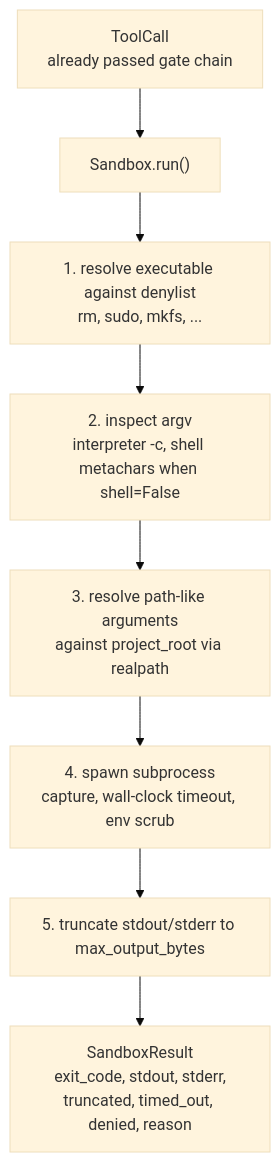
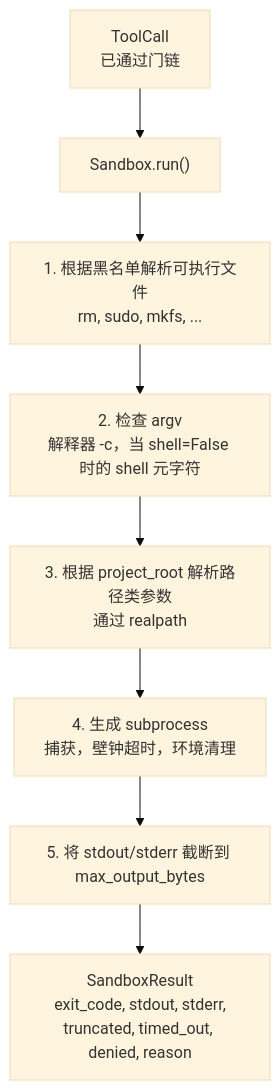
Before and after one commit to guangningsun/ailearning: the first of 2 diagrams in lessons/19-capstone-projects/26-sandbox-runner-denylist/docs/zh.md, drawn with Mermaid (base theme). The commit also changed other lines of this file and 85 other files, not shown here.

````diff
--- a/lessons/19-capstone-projects/26-sandbox-runner-denylist/docs/zh.md
+++ b/lessons/19-capstone-projects/26-sandbox-runner-denylist/docs/zh.md
@@ -34,10 +34,10 @@
 ```mermaid
 flowchart TD
-  Call[ToolCall<br/>already passed gate chain] --> Run["Sandbox.run()"]
-  Run --> S1[1. resolve executable against denylist<br/>rm, sudo, mkfs, ...]
-  S1 --> S2[2. inspect argv<br/>interpreter -c, shell metachars when shell=False]
-  S2 --> S3[3. resolve path-like arguments<br/>against project_root via realpath]
-  S3 --> S4[4. spawn subprocess<br/>capture, wall-clock timeout, env scrub]
-  S4 --> S5[5. truncate stdout/stderr to max_output_bytes]
+  Call[ToolCall<br/>已通过门链] --> Run["Sandbox.run()"]
+  Run --> S1[1. 根据黑名单解析可执行文件<br/>rm, sudo, mkfs, ...]
+  S1 --> S2[2. 检查 argv<br/>解释器 -c，当 shell=False 时的 shell 元字符]
+  S2 --> S3[3. 根据 project_root 解析路径类参数<br/>通过 realpath]
+  S3 --> S4[4. 生成 subprocess<br/>捕获，壁钟超时，环境清理]
+  S4 --> S5[5. 将 stdout/stderr 截断到 max_output_bytes]
   S5 --> Result[SandboxResult<br/>exit_code, stdout, stderr,<br/>truncated, timed_out, denied, reason]
 ```
````
